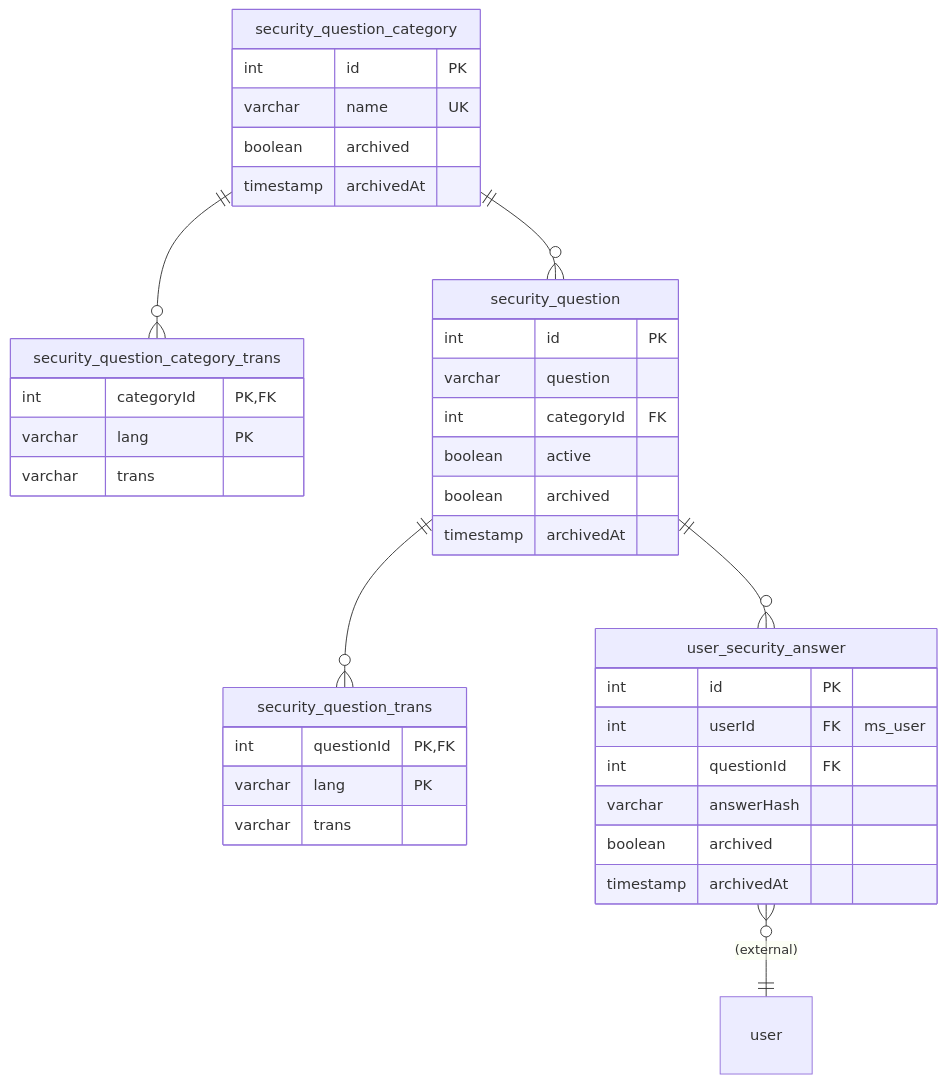
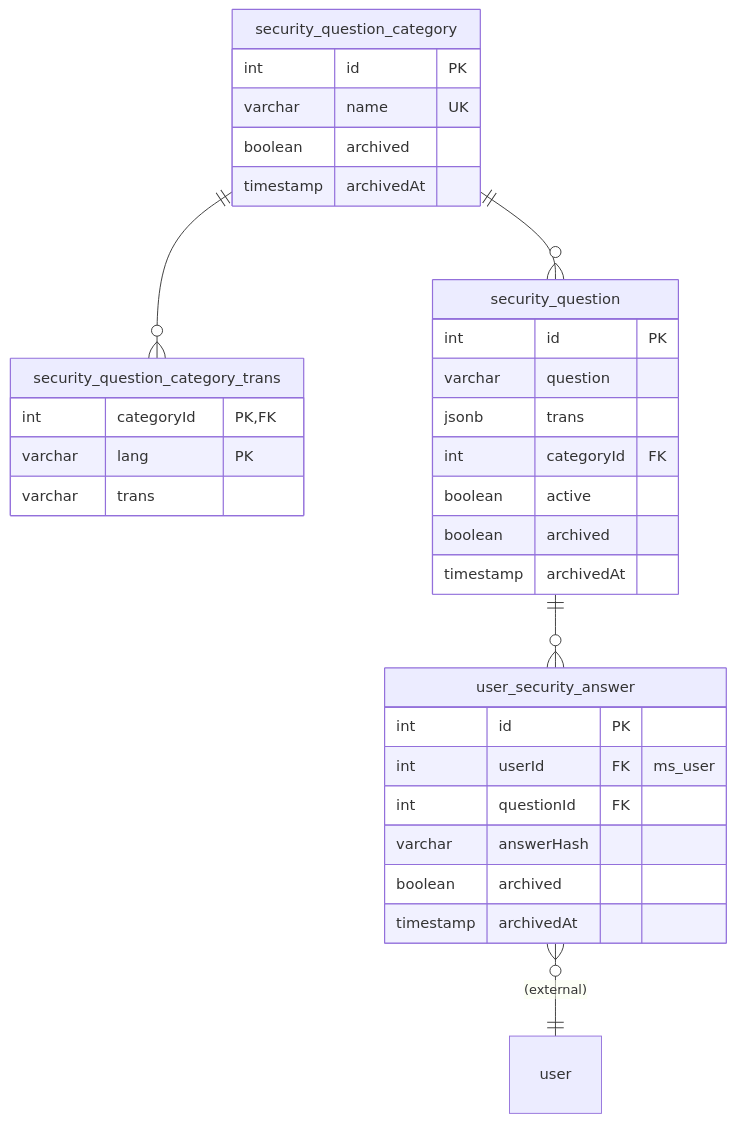
Before and after one commit to ALTEN-group/Foxnox: the second of 2 diagrams in doc/erd.md, drawn with Mermaid. The commit also changed 22 other files, not shown here.

First line of the commit message:
refactor(security-questions): store translations in a jsonb column

````diff
--- a/doc/erd.md
+++ b/doc/erd.md
@@ -89,54 +89,48 @@
 ```mermaid
 ---
 caption: Entity Relationship Diagram - Security Questions
 ---
 
 erDiagram
 
   security_question_category ||--o{ security_question_category_trans : ""
   security_question_category ||--o{ security_question : ""
-  security_question ||--o{ security_question_trans : ""
   security_question ||--o{ user_security_answer : ""
   user_security_answer }o--|| user : "(external)"
 
   security_question_category {
     int id PK
     varchar name UK
     boolean archived
     timestamp archivedAt
   }
 
   security_question_category_trans {
     int categoryId PK, FK
     varchar lang PK
     varchar trans
   }
 
   security_question {
     int id PK
     varchar question
+    jsonb trans
     int categoryId FK
     boolean active
     boolean archived
     timestamp archivedAt
-  }
-
-  security_question_trans {
-    int questionId PK, FK
-    varchar lang PK
-    varchar trans
   }
 
   user_security_answer {
     int id PK
     int userId FK "ms_user"
     int questionId FK
     varchar answerHash
     boolean archived
     timestamp archivedAt
   }
 
   user {
 
   }
 ```
````
